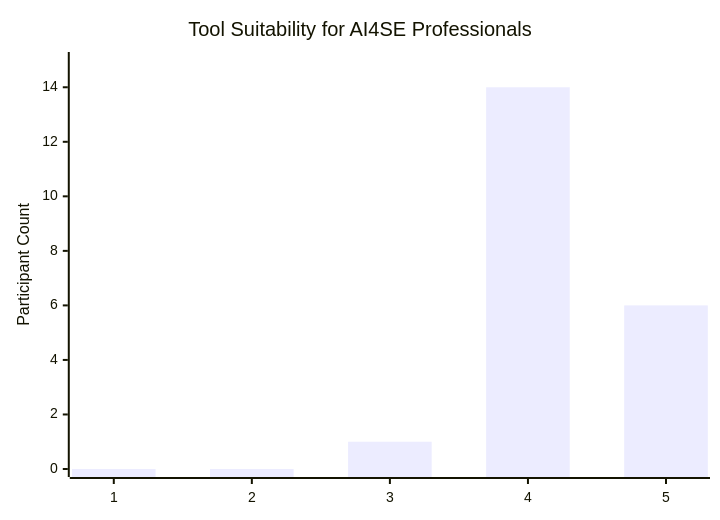
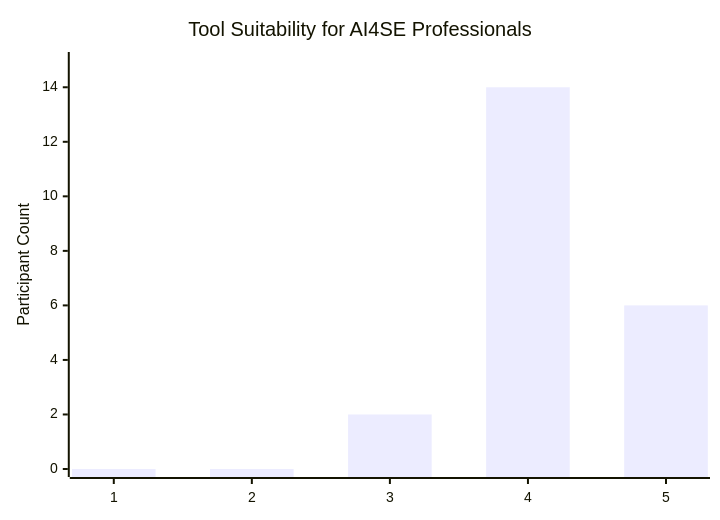
One commit to anonym-evalpro/EvalPro changed diagram 15 of 15 in Search/README.md. Above: the diagram before and after it, drawn with Mermaid. The commit also changed other lines of this file and 1 other file, not shown here.

````diff
--- a/Search/README.md
+++ b/Search/README.md
@@ -179,7 +179,7 @@
        ```mermaid
         xychart-beta
         title "Tool Suitability for AI4SE Professionals"
         x-axis ["1", "2", "3", "4", "5"]
         y-axis "Participant Count" 0 --> 15
-        bar [0, 0, 1, 14, 6]
+        bar [0, 0, 2, 14, 6]
        ```
````
